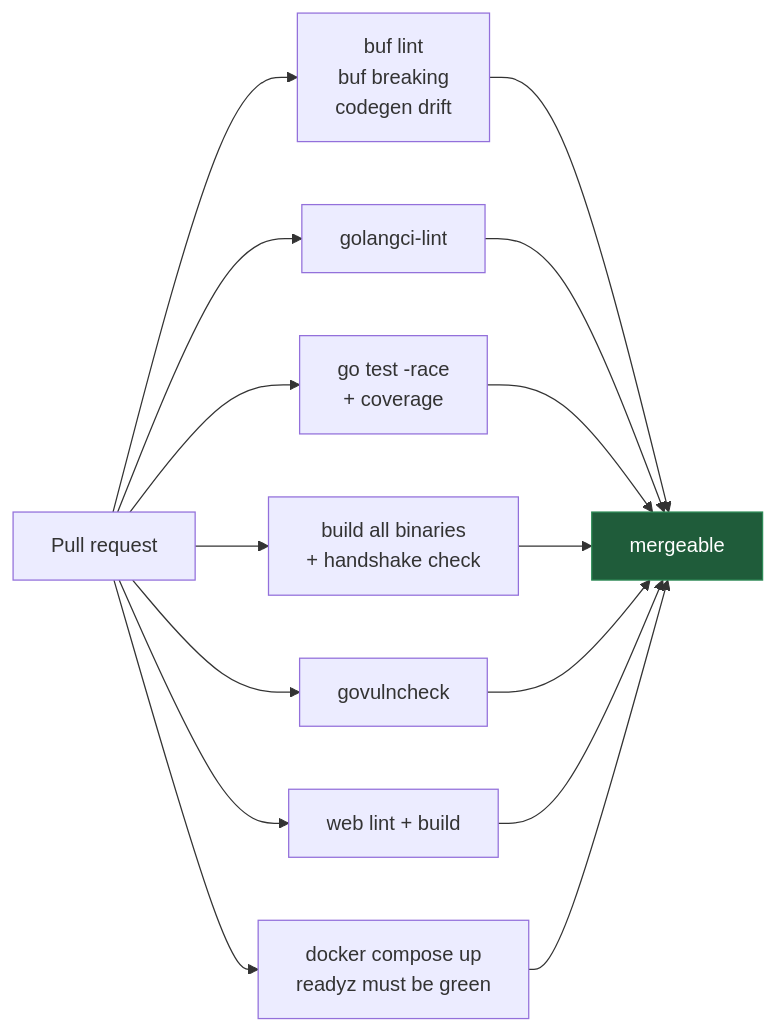
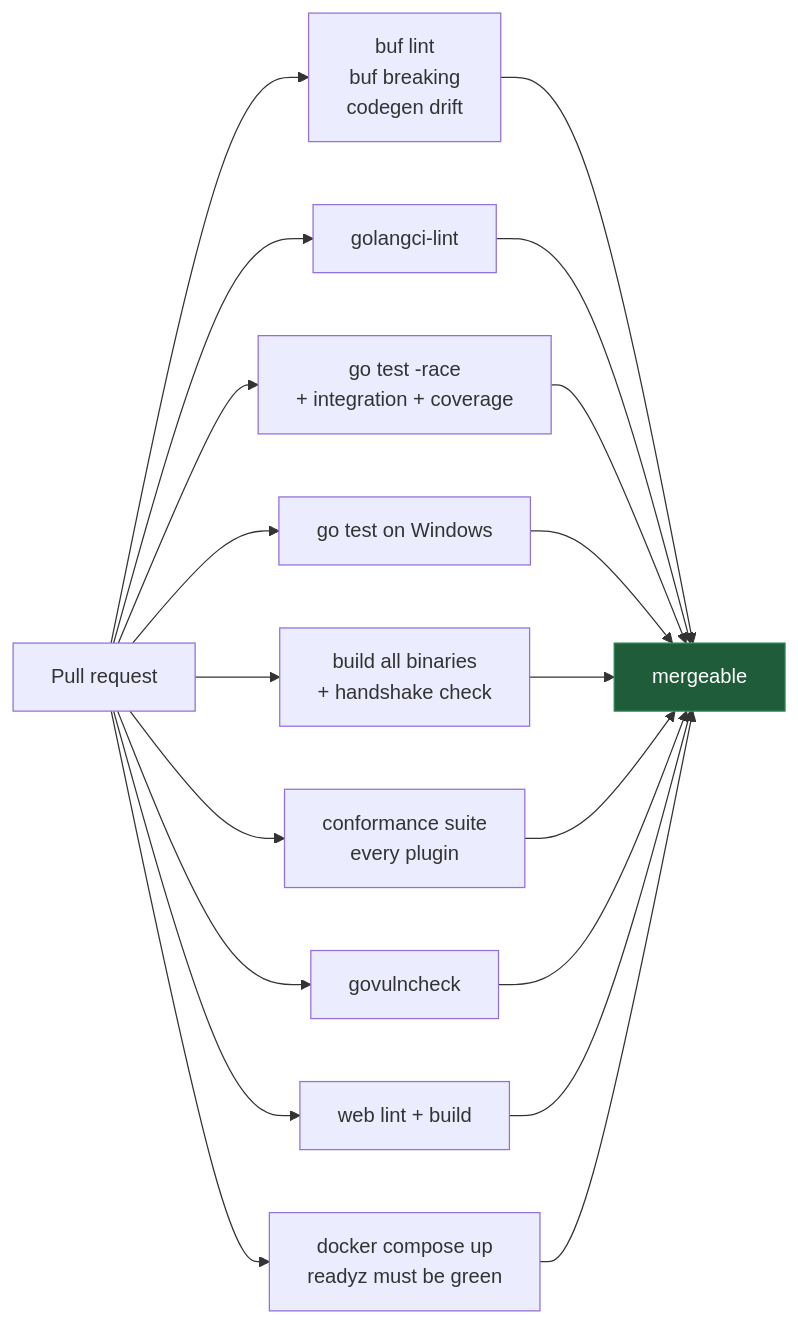
The fourth of 4 diagrams in README.md (danmorcov88/Fleetward), drawn with Mermaid before and after one commit. The commit also changed 9 other files, not shown here.

First line of the commit message:
fix(plugin/manager): discover and launch plugins on Windows (#53)

````diff
--- a/README.md
+++ b/README.md
@@ -511,13 +511,15 @@
 ```mermaid
 flowchart LR
     PR["Pull request"] --> P["buf lint<br/>buf breaking<br/>codegen drift"]
     PR --> L["golangci-lint"]
-    PR --> T["go test -race<br/>+ coverage"]
+    PR --> T["go test -race<br/>+ integration + coverage"]
+    PR --> TW["go test on Windows"]
     PR --> B["build all binaries<br/>+ handshake check"]
+    PR --> C["conformance suite<br/>every plugin"]
     PR --> V["govulncheck"]
     PR --> W["web lint + build"]
     PR --> D["docker compose up<br/>readyz must be green"]
-    P & L & T & B & V & W & D --> M["mergeable"]
+    P & L & T & TW & B & C & V & W & D --> M["mergeable"]
 
     style M fill:#1f5c3a,stroke:#2e8b57,color:#fff
 ```
````
